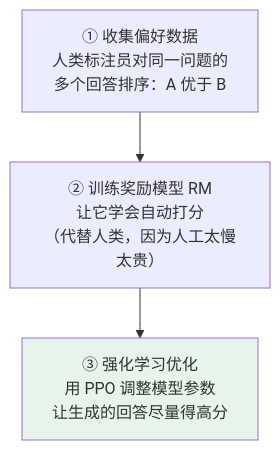
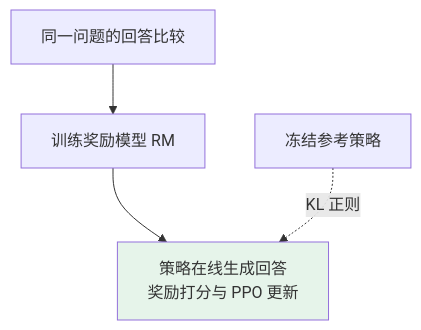
The second of 2 diagrams in docs/llm/02-training-alignment/06-llm-training.md (oneleaveknowsthefall/awesome-ai-roadmap), drawn with Mermaid before and after one commit. The commit also changed other lines of this file and 45 other files, not shown here.

````diff
--- a/docs/llm/02-training-alignment/06-llm-training.md
+++ b/docs/llm/02-training-alignment/06-llm-training.md
@@ -136,8 +136,8 @@
 ```mermaid
 flowchart TB
-    S1["① 收集偏好数据<br/>人类标注员对同一问题的<br/>多个回答排序：A 优于 B"]
-    S1 --> S2["② 训练奖励模型 RM<br/>让它学会自动打分<br/>（代替人类，因为人工太慢太贵）"]
-    S2 --> S3["③ 强化学习优化<br/>用 PPO 调整模型参数<br/>让生成的回答尽量得高分"]
+    S1["同一问题的回答比较"] --> S2["训练奖励模型 RM"]
+    S2 --> S3["策略在线生成回答<br/>奖励打分与 PPO 更新"]
+    REF["冻结参考策略"] -.->|KL 正则| S3
 
     style S3 fill:#e6f4ea
 ```
````
